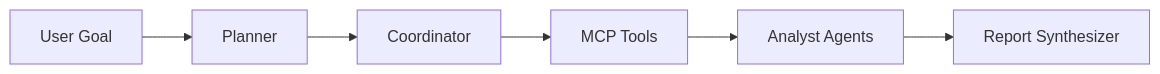
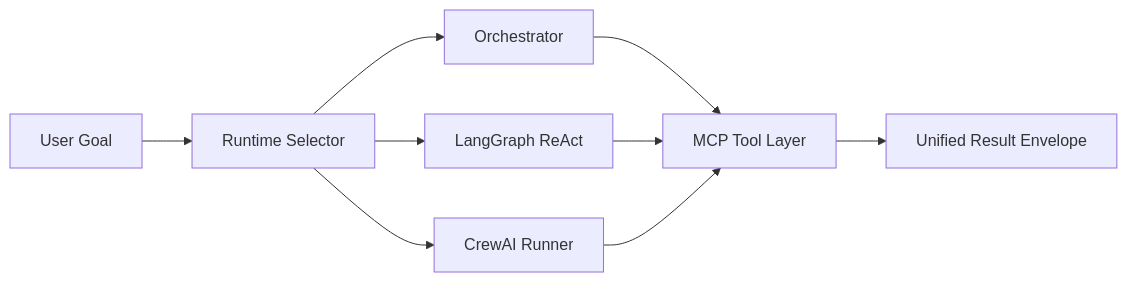
Before and after one commit to hoangsonww/EstateWise-Chapel-Hill-Chatbot: the third of 8 diagrams in TECH_DOCS.md, drawn with Mermaid. The commit also changed other lines of this file and 26 other files, not shown here.

````diff
--- a/TECH_DOCS.md
+++ b/TECH_DOCS.md
@@ -674,8 +695,11 @@
 ```mermaid
 flowchart LR
-  Goal[User Goal] --> Planner[Planner]
-  Planner --> Coordinator[Coordinator]
-  Coordinator --> Tools[MCP Tools]
-  Tools --> Analyzer[Analyst Agents]
-  Analyzer --> Reporter[Report Synthesizer]
+  Goal[User Goal] --> Runtime[Runtime Selector]
+  Runtime --> Default[Orchestrator]
+  Runtime --> LangGraph[LangGraph ReAct]
+  Runtime --> CrewAI[CrewAI Runner]
+  Default --> Tools[MCP Tool Layer]
+  LangGraph --> Tools
+  CrewAI --> Tools
+  Tools --> Reporter[Unified Result Envelope]
 ```
````
